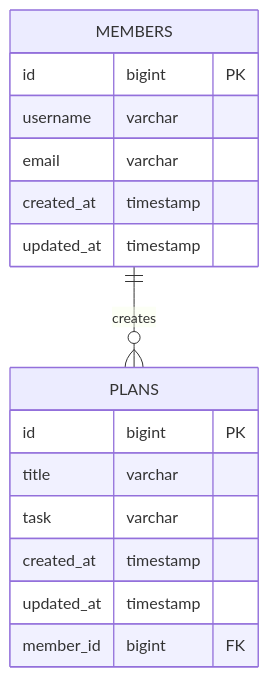
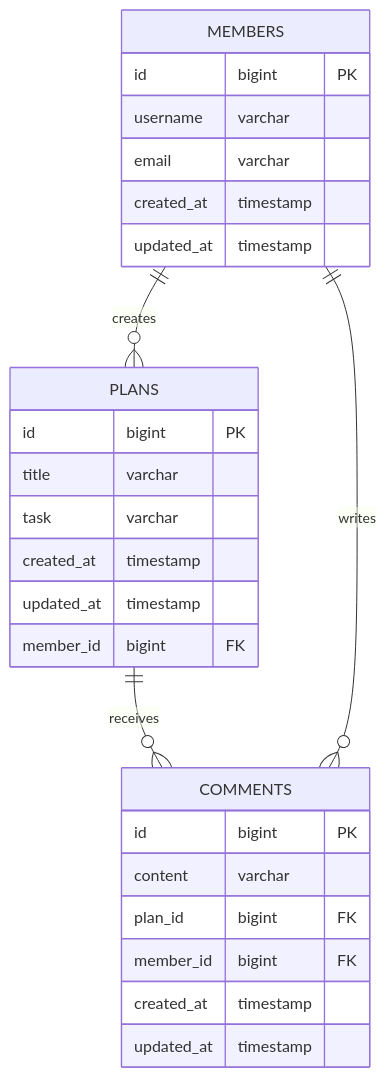
One commit to backswan0/sparta-week3-planner-develop changed the diagram in README.md. Above: the diagram before and after it, drawn with Mermaid. The commit also changed other lines of this file, not shown here.

````diff
--- a/README.md
+++ b/README.md
@@ -21,19 +22,29 @@
 ```mermaid
 erDiagram
-MEMBERS ||--o{ PLANS : creates
-MEMBERS {
-id bigint PK
-username varchar
-email varchar
-created_at timestamp
-updated_at timestamp
-}
-PLANS {
-id bigint PK
-title varchar
-task varchar
-created_at timestamp
-updated_at timestamp
-member_id bigint FK
-}
+    MEMBERS ||--o{ PLANS : creates
+    PLANS ||--o{ COMMENTS : receives
+    MEMBERS ||--o{ COMMENTS : writes
+    MEMBERS {
+        id bigint PK
+        username varchar
+        email varchar
+        created_at timestamp
+        updated_at timestamp
+    }
+    PLANS {
+        id bigint PK
+        title varchar
+        task varchar
+        created_at timestamp
+        updated_at timestamp
+        member_id bigint FK
+    }
+    COMMENTS {
+        id bigint PK
+        content varchar
+        plan_id bigint FK
+        member_id bigint FK
+        created_at timestamp
+        updated_at timestamp
+    }
 ```
````
